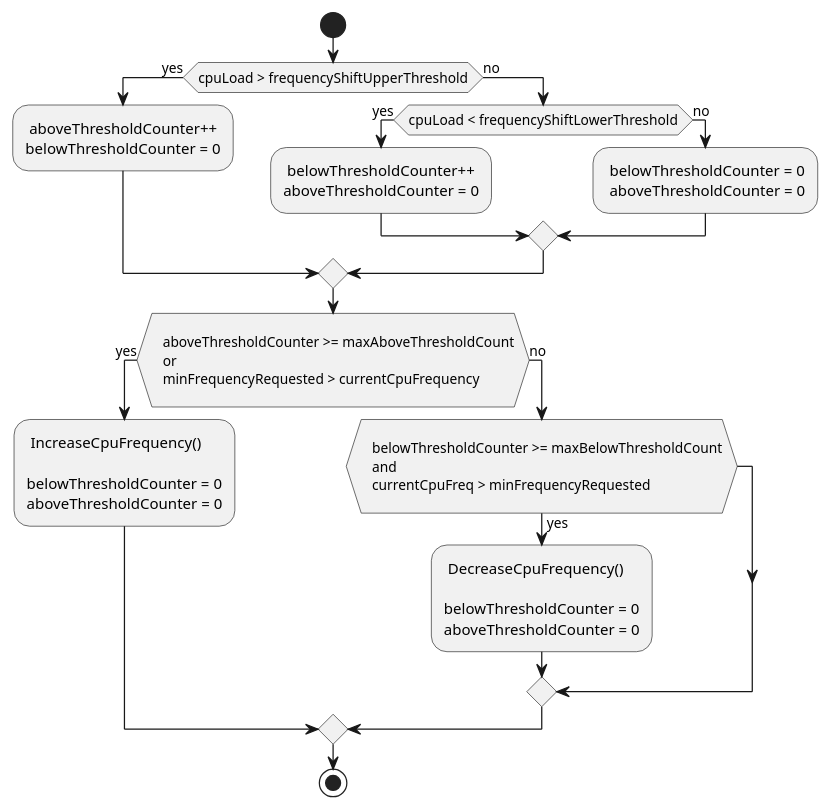
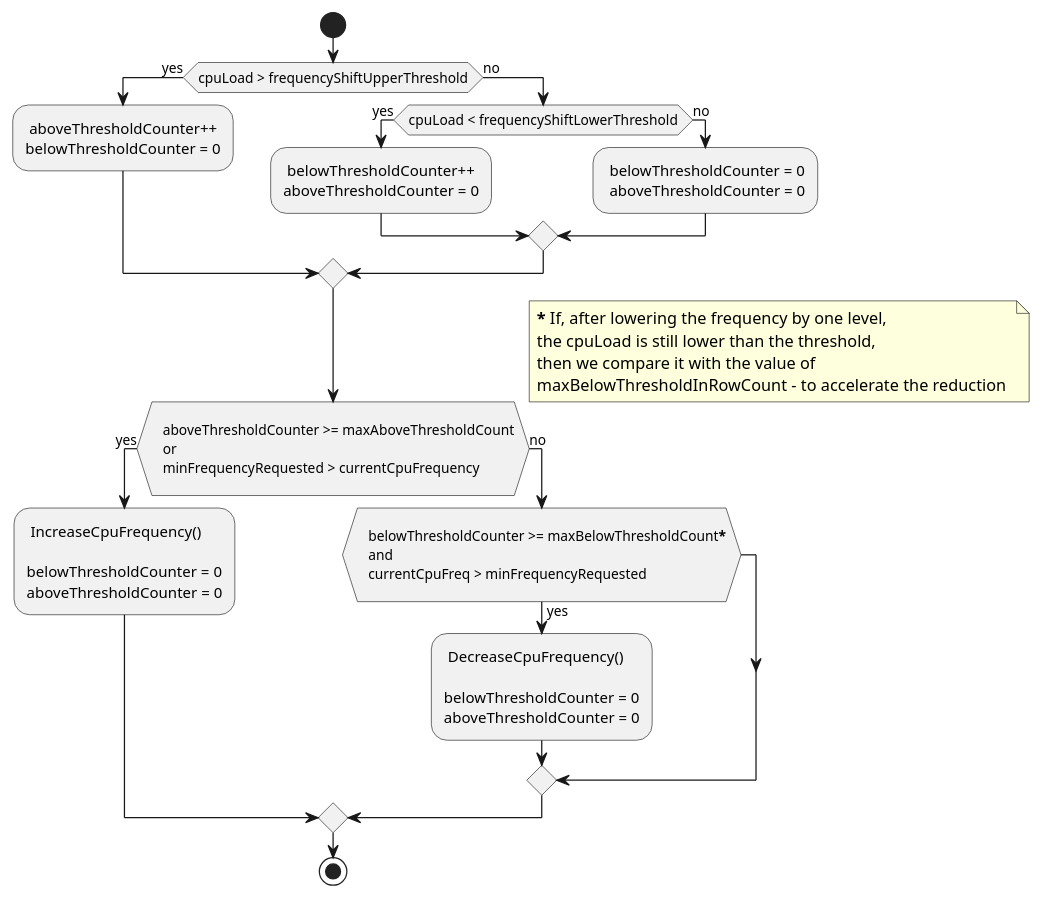
Before and after one commit to mudita/MuditaOS: the diagram in module-sys/SystemManager/doc/data/CpuFreqChangeAlgorithm.puml, drawn with PlantUML. The commit also changed 13 other files, not shown here.

First line of the commit message:
[EGD-6859] Improve CPU frequency control

```diff
--- a/module-sys/SystemManager/doc/data/CpuFreqChangeAlgorithm.puml
+++ b/module-sys/SystemManager/doc/data/CpuFreqChangeAlgorithm.puml
@@ -1,40 +1,48 @@
 @startuml
 start
 
 if (cpuLoad > frequencyShiftUpperThreshold) then (yes) 
   : aboveThresholdCounter++
   belowThresholdCounter = 0;
 else (no)
   if (cpuLoad < frequencyShiftLowerThreshold) then (yes)
     : belowThresholdCounter++
     aboveThresholdCounter = 0;
   else (no)
   	: belowThresholdCounter = 0
     aboveThresholdCounter = 0;  
   endif
 endif
 
 if (
    aboveThresholdCounter >= maxAboveThresholdCount
    or
    minFrequencyRequested > currentCpuFrequency
    ) then (yes)
   : IncreaseCpuFrequency()
   
   belowThresholdCounter = 0
   aboveThresholdCounter = 0;
 else (no) 
+
+   note right
+   <b>*</b> If, after lowering the frequency by one level,
+   the cpuLoad is still lower than the threshold,
+   then we compare it with the value of 
+   maxBelowThresholdInRowCount - to accelerate the reduction 
+   end note
+
    if (
-   belowThresholdCounter >= maxBelowThresholdCount
+   belowThresholdCounter >= maxBelowThresholdCount<b>*</b>
    and
    currentCpuFreq > minFrequencyRequested
    ) then (yes)
   : DecreaseCpuFrequency()
   
   belowThresholdCounter = 0
   aboveThresholdCounter = 0;
   endif
 endif
 
 stop
 @enduml
```
